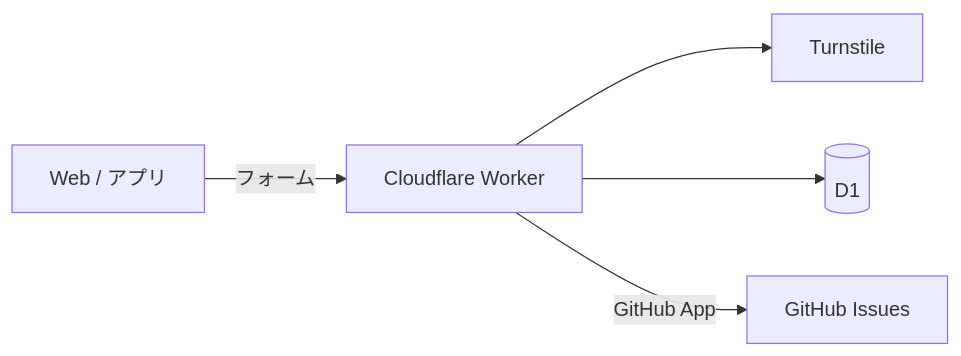
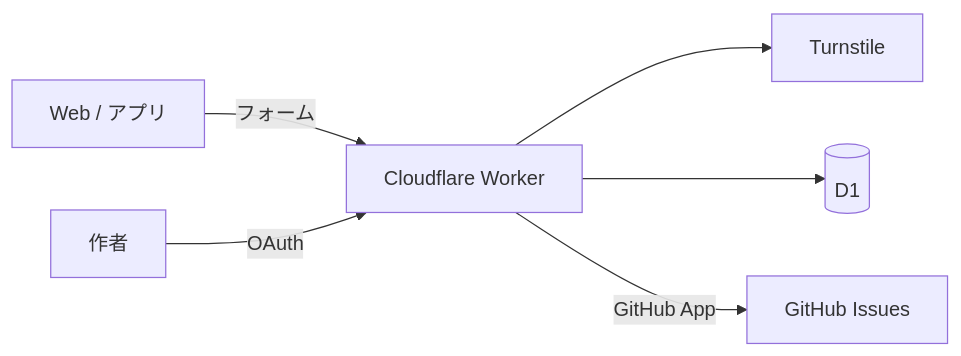
Before and after one commit to ninjin0802/posissue: the diagram in README.md, drawn with Mermaid. The commit also changed other lines of this file and 8 other files, not shown here.

````diff
--- a/README.md
+++ b/README.md
@@ -162,7 +176,8 @@
 ```mermaid
 flowchart LR
   A[Web / アプリ] -->|フォーム| W[Cloudflare Worker]
   W --> T[Turnstile]
   W --> D[(D1)]
   W -->|GitHub App| G[GitHub Issues]
+  M[作者] -->|OAuth| W
 ```
````
